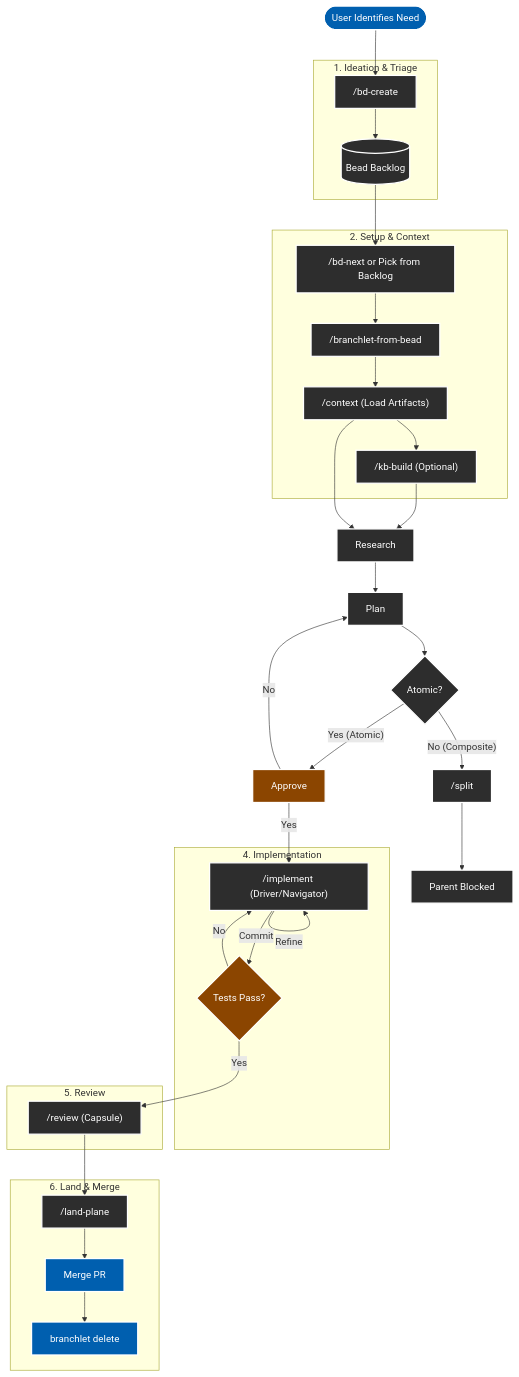
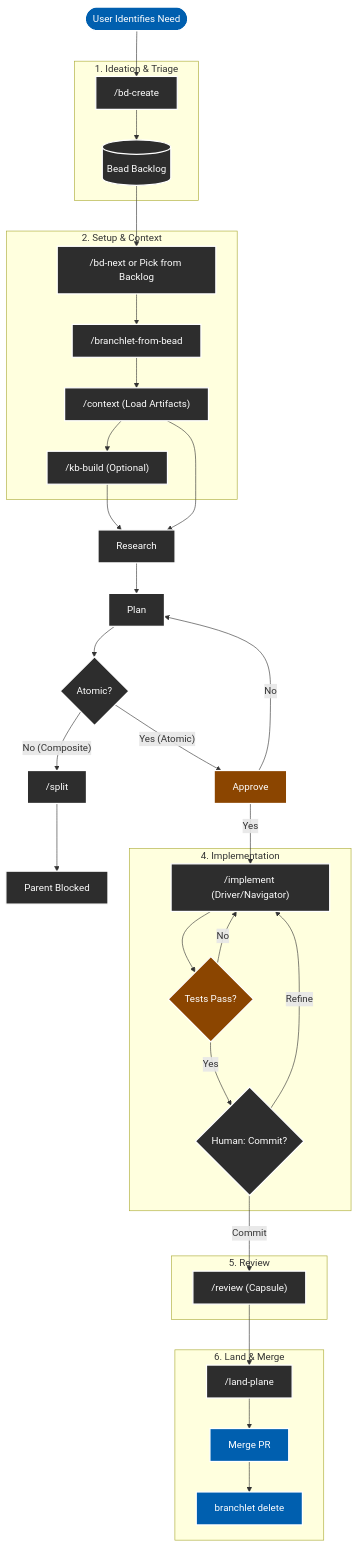
The diagram in templates/AGENTIC_WORKFLOW.md (jveko/amp-maestro), drawn with Mermaid before and after one commit. The commit also changed other lines of this file and 1 other file, not shown here.

Commit message:
docs: update workflow diagrams to explicitly show Human-in-the-Loop decision nodes

````diff
--- a/templates/AGENTIC_WORKFLOW.md
+++ b/templates/AGENTIC_WORKFLOW.md
@@ -5,63 +5,65 @@
 ```mermaid
 graph TD
     %% Styling for Dark Mode readability
     classDef default fill:#2d2d2d,stroke:#fff,stroke-width:2px,color:#fff;
     classDef decision fill:#8b4500,stroke:#fff,stroke-width:2px,color:#fff;
     classDef startend fill:#005faf,stroke:#fff,stroke-width:2px,color:#fff;
 
     Start([User Identifies Need]) --> Ideation
     
     subgraph "1. Ideation & Triage"
         Ideation["/bd-create"]
         Backlog[("Bead Backlog")]
     end
     Ideation --> Backlog
     
     subgraph "2. Setup & Context"
         PickWork["/bd-next or Pick from Backlog"]
         Worktree["/branchlet-from-bead"]
         Context["/context (Load Artifacts)"]
         Knowledge["/kb-build (Optional)"]
     end
     Backlog --> PickWork
     PickWork --> Worktree
     Worktree --> Context
     Context --> Knowledge
     Knowledge --> Research
     Context --> Research
     Research --> Plan
     Plan --> Complexity{Atomic?}
     
     Complexity -- No (Composite) --> Split["/split"]
     Complexity -- Yes (Atomic) --> Approve
     
     Approve -- No --> Plan
     Split --> Blocked[Parent Blocked]
     
     subgraph "4. Implementation"
         Implement["/implement (Driver/Navigator)"]
         Verify{Tests Pass?}
+        HumanCheck{Human: Commit?}
     end
     
     subgraph "5. Review"
         Review["/review (Capsule)"]
     end
     
     Approve -- Yes --> Implement
-    Implement -- "Commit" --> Verify
-    Implement -- "Refine" --> Implement
+    Implement --> Verify
     Verify -- No --> Implement
-    Verify -- Yes --> Review
+    Verify -- Yes --> HumanCheck
+    HumanCheck -- "Refine" --> Implement
+    HumanCheck -- "Commit" --> Review
     
     subgraph "6. Land & Merge"
         Land["/land-plane"]
         Merge[Merge PR]
         Cleanup["branchlet delete"]
     end
     Review --> Land
     Land --> Merge
     Merge --> Cleanup
     
     class Start,Merge,Cleanup startend;
     class Approve,Verify decision;
 ```
````
